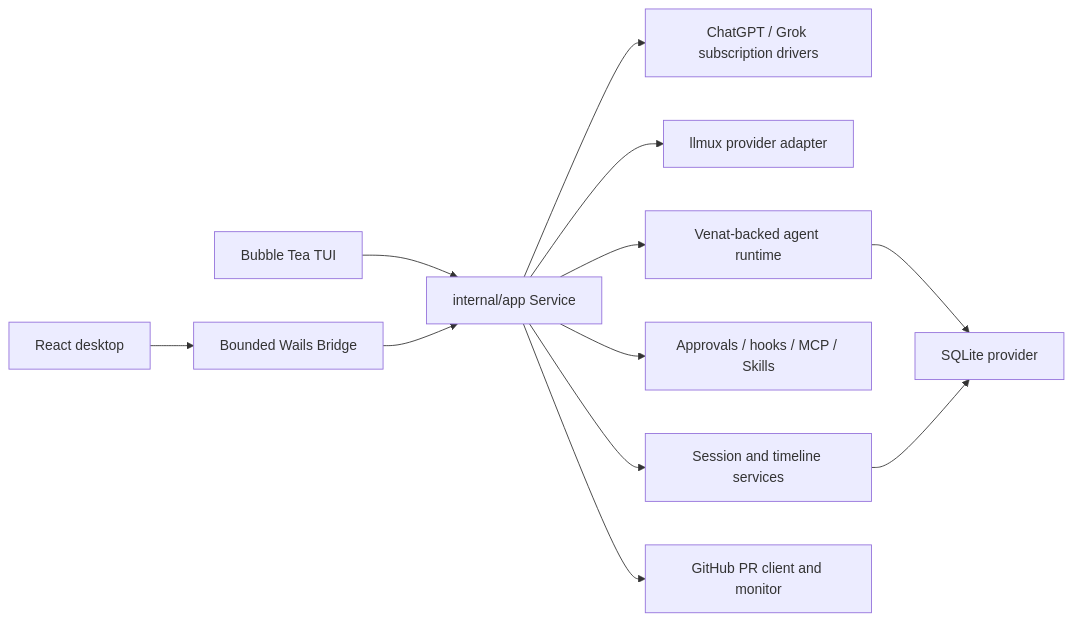
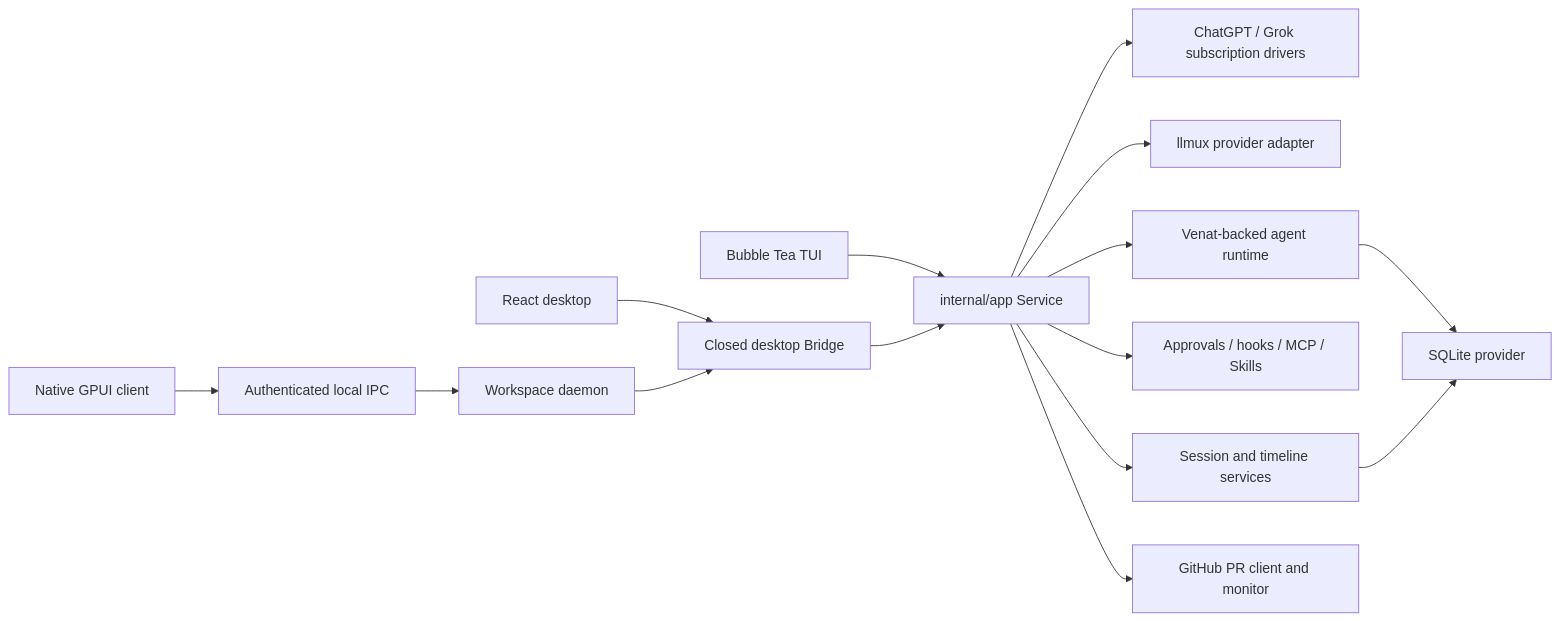
One commit to Viking602/azem changed the diagram in docs/architecture.md. Above: the diagram before and after it, drawn with Mermaid. The commit also changed other lines of this file and 63 other files, not shown here.

Commit message:
feat(desktop): add persistent GPUI client and IPC daemon

````diff
--- a/docs/architecture.md
+++ b/docs/architecture.md
@@ -13,13 +13,14 @@
 ```mermaid
 flowchart LR
     TUI["Bubble Tea TUI"] --> APP["internal/app Service"]
-    GUI["React desktop"] --> BRIDGE["Bounded Wails Bridge"] --> APP
+    GUI["React desktop"] --> BRIDGE["Closed desktop Bridge"] --> APP
+    GPUI["Native GPUI client"] --> IPC["Authenticated local IPC"] --> DAEMON["Workspace daemon"] --> BRIDGE
     APP --> PROVIDERS["ChatGPT / Grok subscription drivers"]
     APP --> LLMUX["llmux provider adapter"]
     APP --> AGENT["Venat-backed agent runtime"]
     APP --> POLICY["Approvals / hooks / MCP / Skills"]
     APP --> SESSION["Session and timeline services"]
     AGENT --> STORE["SQLite provider"]
     SESSION --> STORE
     APP --> PR["GitHub PR client and monitor"]
 ```
````
